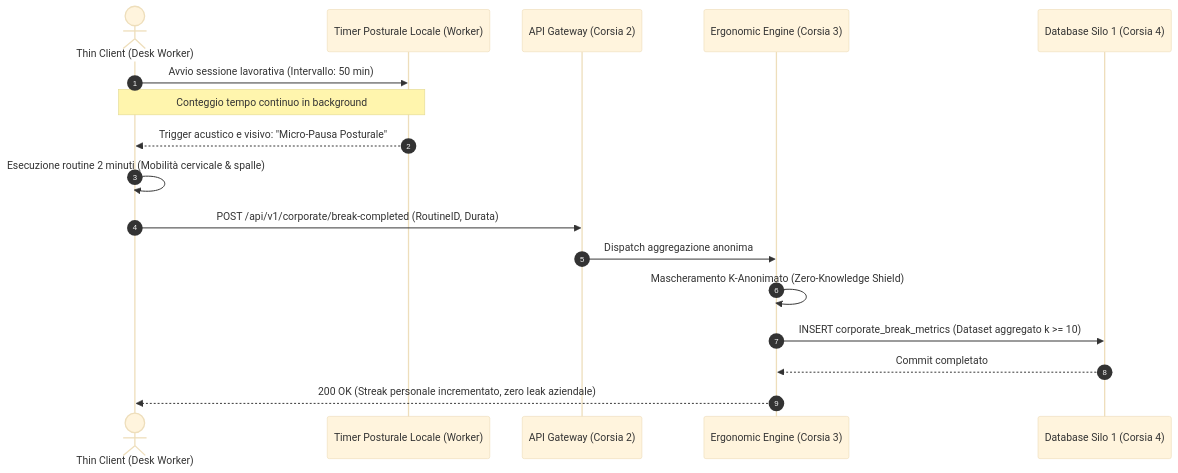
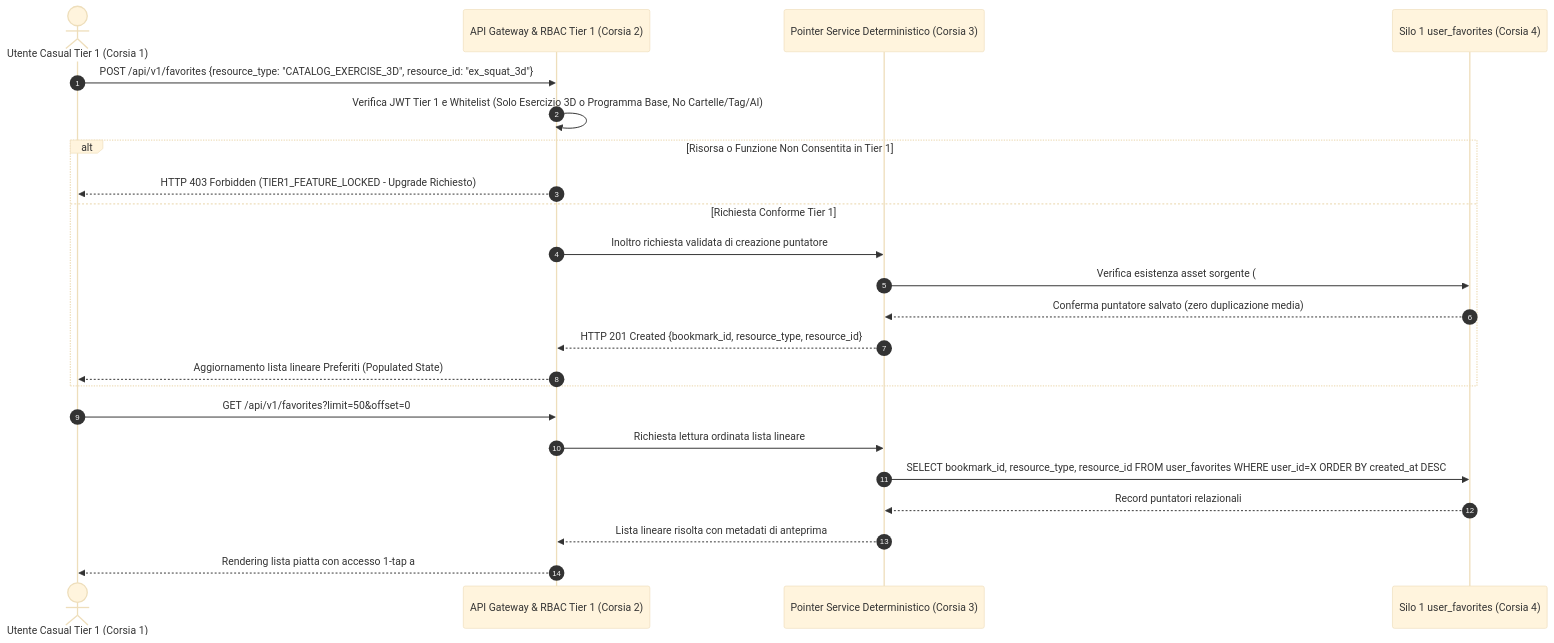
Before and after one commit to sportscience2025-star/Sports-Analytics-Platform---T7-Workout-APP: the diagram in architecture-blueprint/00-capitolato-tecnico-e-glossario/06-software-1-flow-6a-movely-desk-care.md, drawn with Mermaid (base theme). The commit also changed other lines of this file and 34 other files, not shown here.

Commit message:
feat(favorites): reorganize Colonna 6 Preferiti (#06, #12, #18), Miro live deploy, and red-team cleanup

````diff
--- a/architecture-blueprint/00-capitolato-tecnico-e-glossario/06-software-1-flow-6a-movely-desk-care.md
+++ b/architecture-blueprint/00-capitolato-tecnico-e-glossario/06-software-1-flow-6a-movely-desk-care.md
@@ -47,20 +60,27 @@
 ```mermaid
 sequenceDiagram
     autonumber
-    actor Utente as Thin Client (Desk Worker)
-    participant TMR as Timer Posturale Locale (Worker)
-    participant GW as API Gateway (Corsia 2)
-    participant SRV as Ergonomic Engine (Corsia 3)
-    participant DB as Database Silo 1 (Corsia 4)
+    actor Utente as Utente Casual Tier 1 (Corsia 1)
+    participant GW as API Gateway & RBAC Tier 1 (Corsia 2)
+    participant SRV as Pointer Service Deterministico (Corsia 3)
+    participant DB as Silo 1 user_favorites (Corsia 4)
 
-    Utente->>TMR: Avvio sessione lavorativa (Intervallo: 50 min)
-    Note over Utente,TMR: Conteggio tempo continuo in background
-    TMR-->>Utente: Trigger acustico e visivo: "Micro-Pausa Posturale"
-    Utente->>Utente: Esecuzione routine 2 minuti (Mobilità cervicale & spalle)
-    Utente->>GW: POST /api/v1/corporate/break-completed (RoutineID, Durata)
-    GW->>SRV: Dispatch aggregazione anonima
-    SRV->>SRV: Mascheramento K-Anonimato (Zero-Knowledge Shield)
-    SRV->>DB: INSERT corporate_break_metrics (Dataset aggregato k >= 10)
-    DB-->>SRV: Commit completato
-    SRV-->>Utente: 200 OK (Streak personale incrementato, zero leak aziendale)
+    Utente->>GW: POST /api/v1/favorites {resource_type: "CATALOG_EXERCISE_3D", resource_id: "ex_squat_3d"}
+    GW->>GW: Verifica JWT Tier 1 e Whitelist (Solo Esercizio 3D o Programma Base, No Cartelle/Tag/AI)
+    alt Risorsa o Funzione Non Consentita in Tier 1
+        GW-->>Utente: HTTP 403 Forbidden (TIER1_FEATURE_LOCKED - Upgrade Richiesto)
+    else Richiesta Conforme Tier 1
+        GW->>SRV: Inoltro richiesta validata di creazione puntatore
+        SRV->>DB: Verifica esistenza asset sorgente (#02/#03) e INSERT INTO user_favorites (bookmark_id)
+        DB-->>SRV: Conferma puntatore salvato (zero duplicazione media)
+        SRV-->>GW: HTTP 201 Created {bookmark_id, resource_type, resource_id}
+        GW-->>Utente: Aggiornamento lista lineare Preferiti (Populated State)
+    end
+
+    Utente->>GW: GET /api/v1/favorites?limit=50&offset=0
+    GW->>SRV: Richiesta lettura ordinata lista lineare
+    SRV->>DB: SELECT bookmark_id, resource_type, resource_id FROM user_favorites WHERE user_id=X ORDER BY created_at DESC
+    DB-->>SRV: Record puntatori relazionali
+    SRV-->>GW: Lista lineare risolta con metadati di anteprima
+    GW-->>Utente: Rendering lista piatta con accesso 1-tap a #02 e #03
 ```
````
